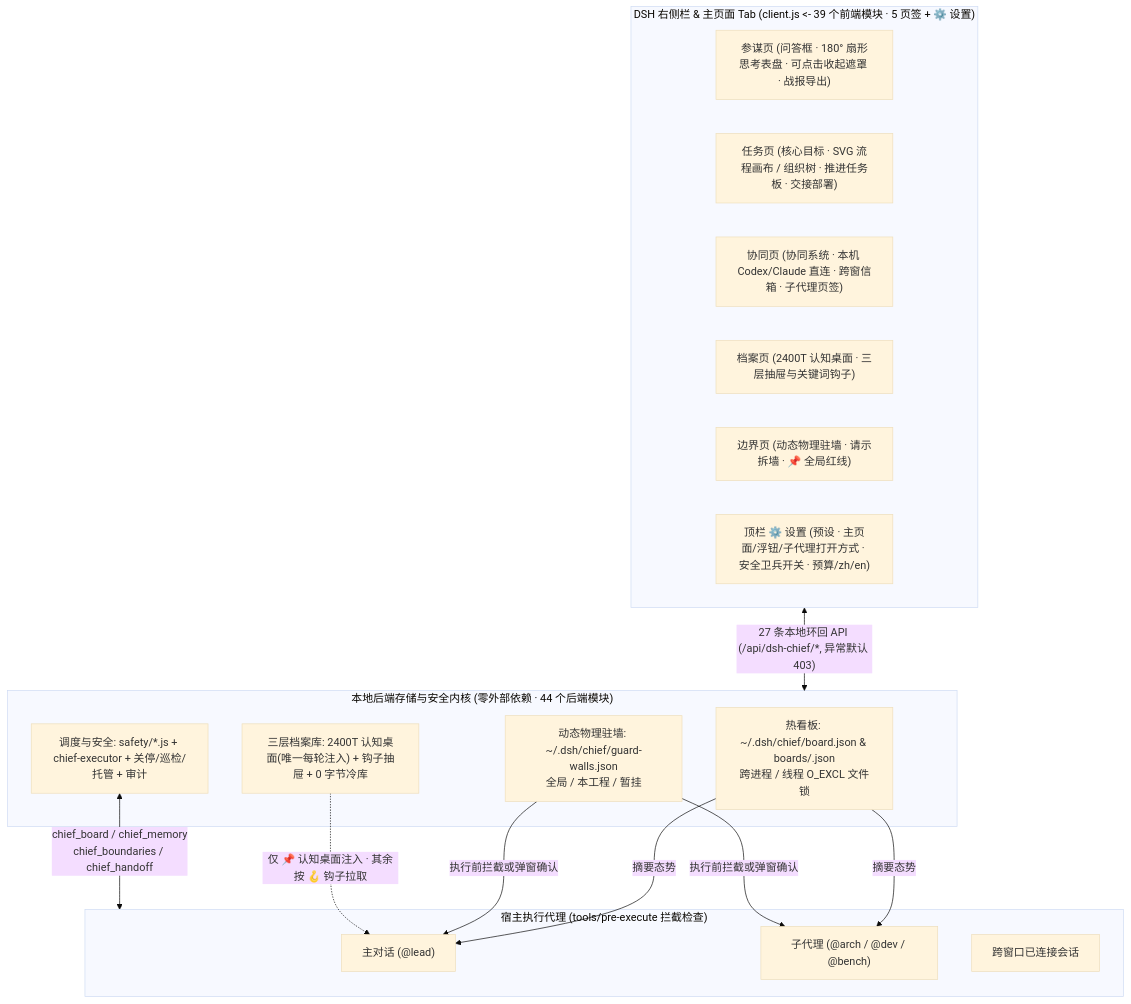
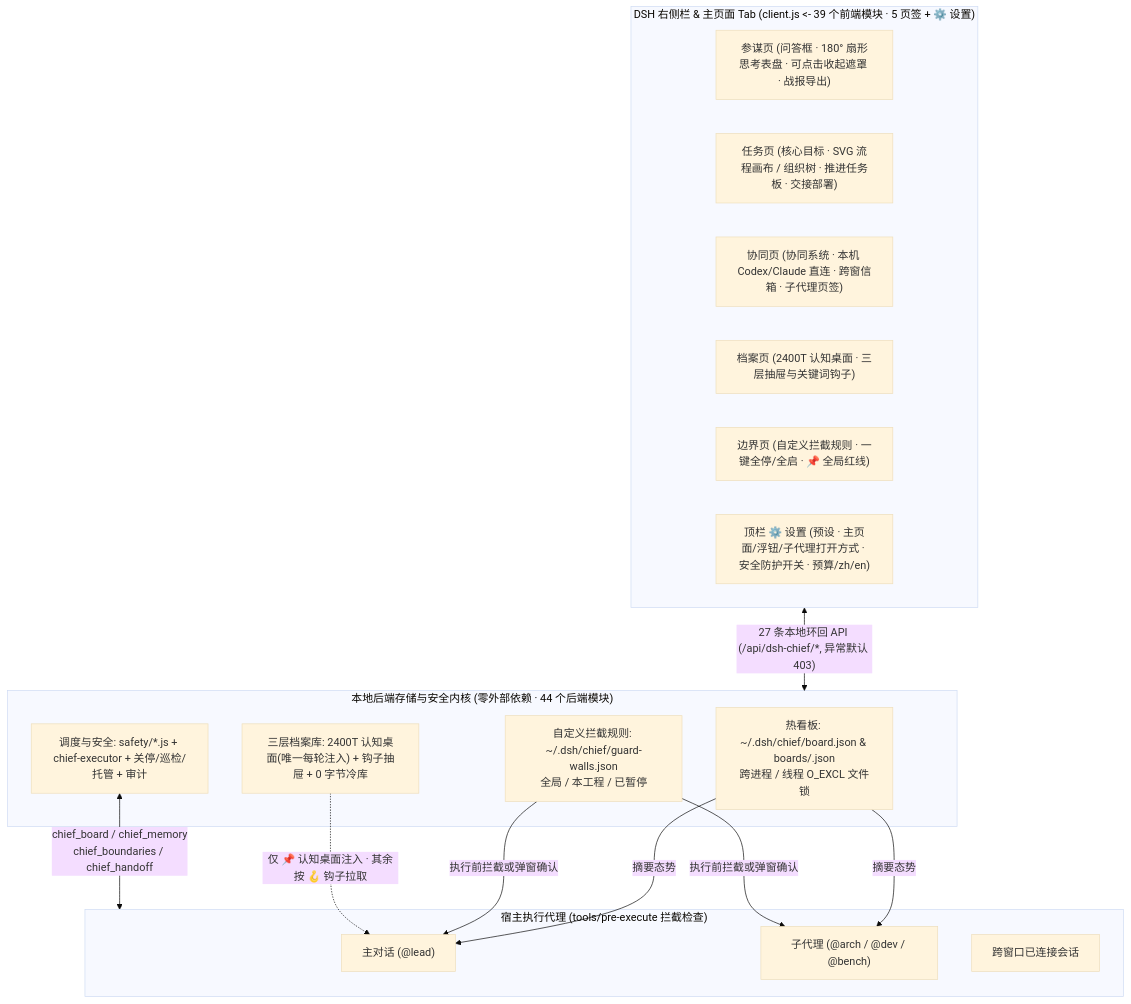
Before and after one commit to zqf20096327/ai_collect: the third of 3 diagrams in data/readmes/gluztm__dsh-chief.md, drawn with Mermaid (base theme). The commit also changed other lines of this file and 2315 other files, not shown here.

````diff
--- a/data/readmes/gluztm__dsh-chief.md
+++ b/data/readmes/gluztm__dsh-chief.md
@@ -352,32 +354,32 @@
 ```mermaid
 flowchart TB
   subgraph UI["DSH 右侧栏 & 主页面 Tab (client.js <- 39 个前端模块 · 5 页签 + ⚙️ 设置)"]
     T1["参谋页 (问答框 · 180° 扇形思考表盘 · 可点击收起遮罩 · 战报导出)"]
     T2["任务页 (核心目标 · SVG 流程画布 / 组织树 · 推进任务板 · 交接部署)"]
     T3["协同页 (协同系统 · 本机 Codex/Claude 直连 · 跨窗信箱 · 子代理页签)"]
     T5["档案页 (2400T 认知桌面 · 三层抽屉与关键词钩子)"]
-    T6["边界页 (动态物理驻墙 · 请示拆墙 · 📌 全局红线)"]
-    T7["顶栏 ⚙️ 设置 (预设 · 主页面/浮钮/子代理打开方式 · 安全卫兵开关 · 预算/zh/en)"]
+    T6["边界页 (自定义拦截规则 · 一键全停/全启 · 📌 全局红线)"]
+    T7["顶栏 ⚙️ 设置 (预设 · 主页面/浮钮/子代理打开方式 · 安全防护开关 · 预算/zh/en)"]
   end
 
   subgraph Core["本地后端存储与安全内核 (零外部依赖 · 44 个后端模块)"]
     Hot["热看板: ~/.dsh/chief/board.json & boards/<sid>.json\n跨进程 / 线程 O_EXCL 文件锁"]
-    Walls["动态物理驻墙: ~/.dsh/chief/guard-walls.json\n全局 / 本工程 / 暂挂"]
+    Walls["自定义拦截规则: ~/.dsh/chief/guard-walls.json\n全局 / 本工程 / 已暂停"]
     Cold["三层档案库: 2400T 认知桌面(唯一每轮注入) + 钩子抽屉 + 0 字节冷库"]
     Bus["调度与安全: safety/*.js + chief-executor + 关停/巡检/托管 + 审计"]
   end
 
   subgraph Agents["宿主执行代理 (tools/pre-execute 拦截检查)"]
     Lead["主对话 (@lead)"]
     Subs["子代理 (@arch / @dev / @bench)"]
     Peers["跨窗口已连接会话"]
   end
 
   UI <-->|"27 条本地环回 API (/api/dsh-chief/*, 异常默认 403)"| Core
   Hot -->|"摘要态势"| Lead
   Hot -->|"摘要态势"| Subs
   Walls -->|"执行前拦截或弹窗确认"| Lead
   Walls -->|"执行前拦截或弹窗确认"| Subs
   Cold -.->|"仅 📌 认知桌面注入 · 其余按 🪝 钩子拉取"| Lead
   Bus <-->|"chief_board / chief_memory\nchief_boundaries / chief_handoff"| Agents
 ```
````
